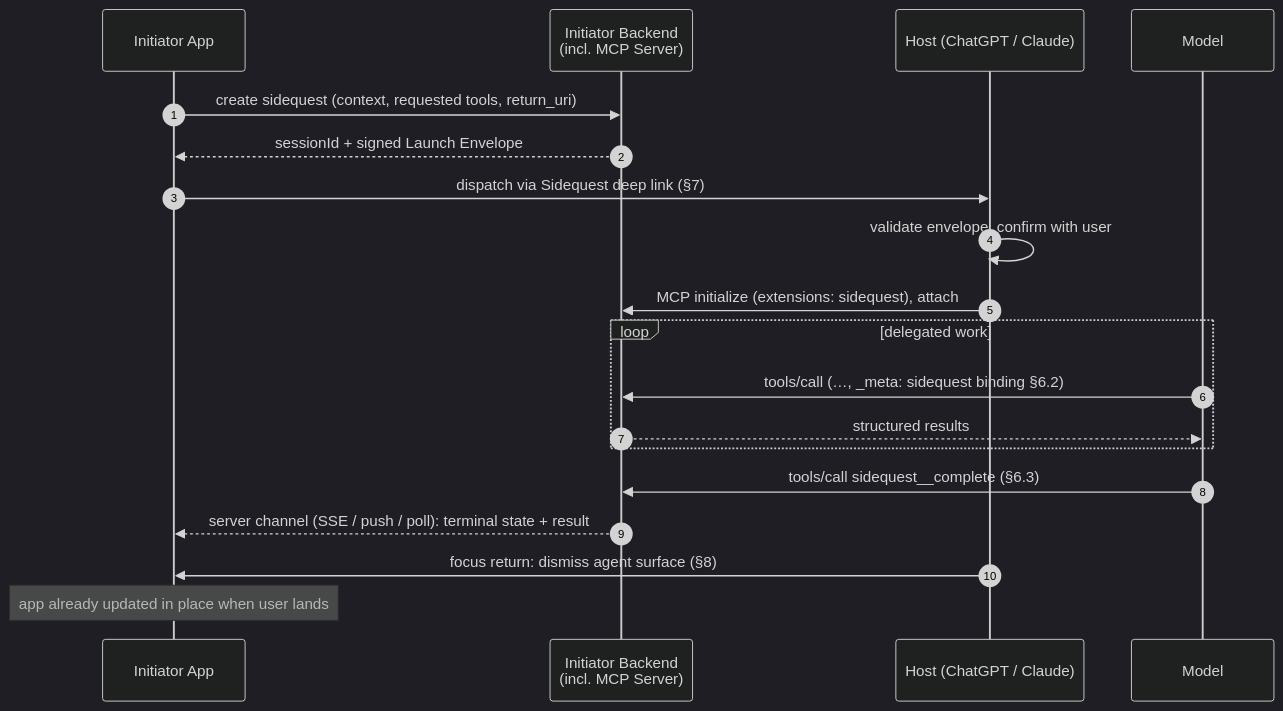
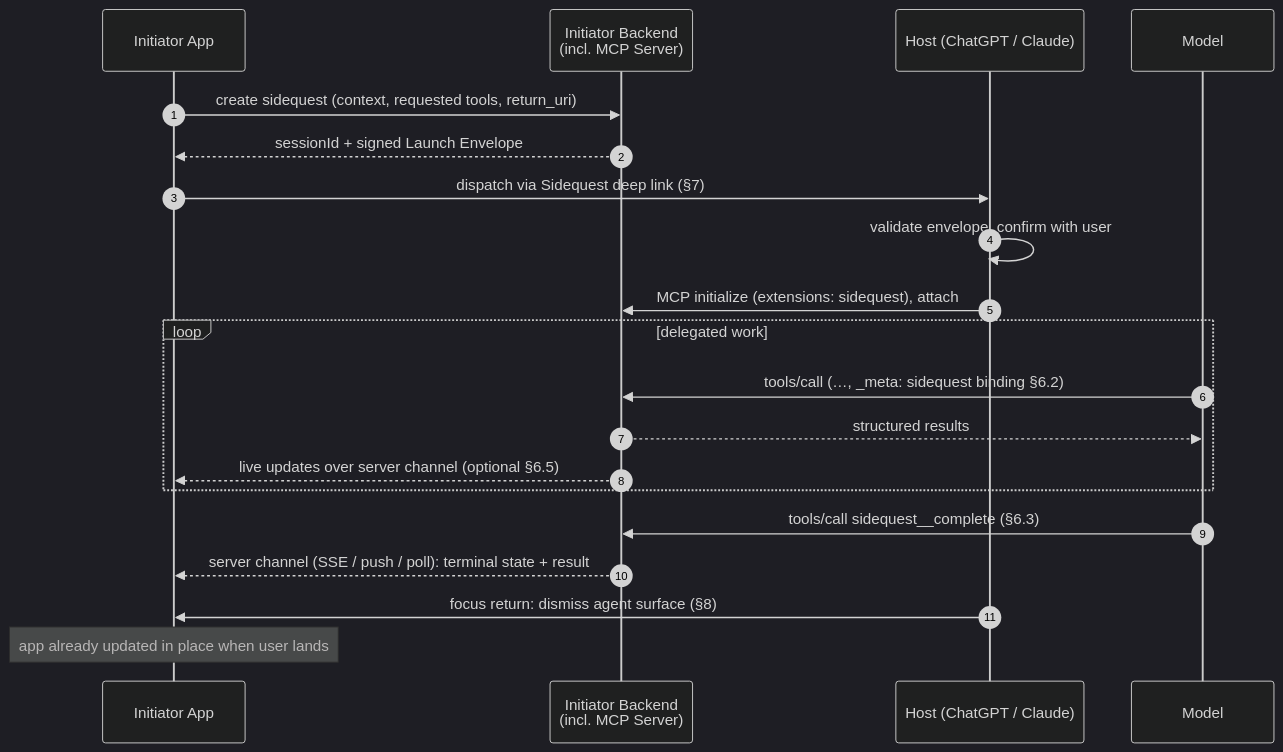
One commit to Techna183/app-agent-continuation changed the diagram in spec/sidequest-protocol.md. Above: the diagram before and after it, drawn with Mermaid (dark theme). The commit also changed other lines of this file, not shown here.

First line of the commit message:
Show mid-sidequest live updates in the architecture

````diff
--- a/spec/sidequest-protocol.md
+++ b/spec/sidequest-protocol.md
@@ -150,22 +150,23 @@
 ```mermaid
 sequenceDiagram
     autonumber
     participant App as Initiator App
     participant BE as Initiator Backend<br/>(incl. MCP Server)
     participant Host as Host (ChatGPT / Claude)
     participant Model as Model
 
     App->>BE: create sidequest (context, requested tools, return_uri)
     BE-->>App: sessionId + signed Launch Envelope
     App->>Host: dispatch via Sidequest deep link (§7)
     Host->>Host: validate envelope, confirm with user
     Host->>BE: MCP initialize (extensions: sidequest), attach
     loop delegated work
         Model->>BE: tools/call (…, _meta: sidequest binding §6.2)
         BE-->>Model: structured results
+        BE-->>App: live updates over server channel (optional §6.5)
     end
     Model->>BE: tools/call sidequest__complete (§6.3)
     BE-->>App: server channel (SSE / push / poll): terminal state + result
     Host->>App: focus return: dismiss agent surface (§8)
     Note over App: app already updated in place when user lands
 ```
````
